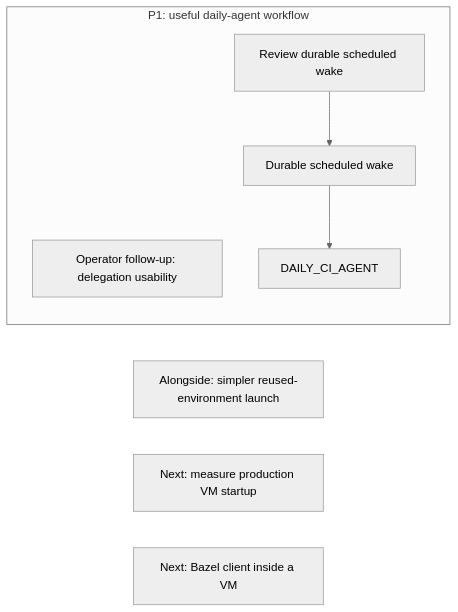
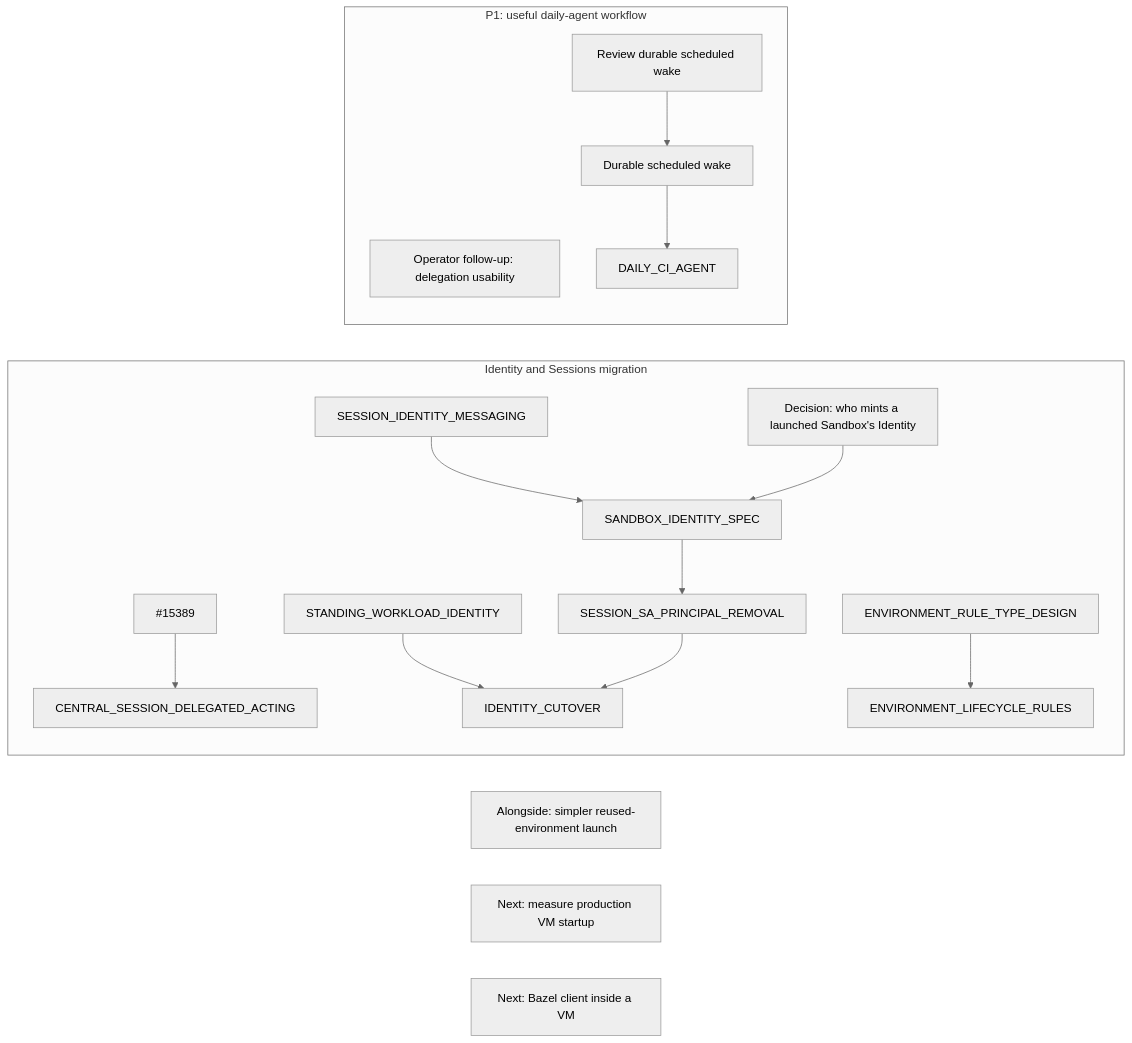
One commit to agentydragon/ducktape changed the first of 19 diagrams in agentplane/plans/task_dag.md. Above: the diagram before and after it, drawn with Mermaid (neutral theme). The commit also changed other lines of this file and 4 other files, not shown here.

First line of the commit message:
agentplane/plans: re-sequence the identity and Sessions migration around open question 11

````diff
--- a/agentplane/plans/task_dag.md
+++ b/agentplane/plans/task_dag.md
@@ -170,11 +196,19 @@
 ```mermaid
 flowchart LR
+    subgraph IDENTITY_TRACK[Identity and Sessions migration]
+        SERVICES_IDENTITY_PRINCIPAL[#15389] --> CENTRAL_SESSION_DELEGATED_ACTING
+        STANDING_WORKLOAD_IDENTITY --> IDENTITY_CUTOVER
+        SESSION_IDENTITY_MESSAGING --> SANDBOX_IDENTITY_SPEC
+        ENVIRONMENT_RULE_TYPE_DESIGN --> ENVIRONMENT_LIFECYCLE_RULES
+        QUESTION_11[Decision: who mints a launched Sandbox's Identity] --> SANDBOX_IDENTITY_SPEC
+        SANDBOX_IDENTITY_SPEC --> SESSION_SA_PRINCIPAL_REMOVAL --> IDENTITY_CUTOVER
+    end
     subgraph PRIORITY_ONE[P1: useful daily-agent workflow]
         THREAD_CREATE_AUTHORIZATION[Operator follow-up: delegation usability]
         SCHEDULED_AGENT_WAKE_DESIGN[Review durable scheduled wake] --> SCHEDULED_AGENT_WAKE
         SCHEDULED_AGENT_WAKE[Durable scheduled wake] --> DAILY_CI_AGENT
     end
     SESSION_LAUNCH_FRICTION[Alongside: simpler reused-environment launch]
     VM_STARTUP_LATENCY[Next: measure production VM startup]
     LOCAL_BAZEL[Next: Bazel client inside a VM]
 ```
````
